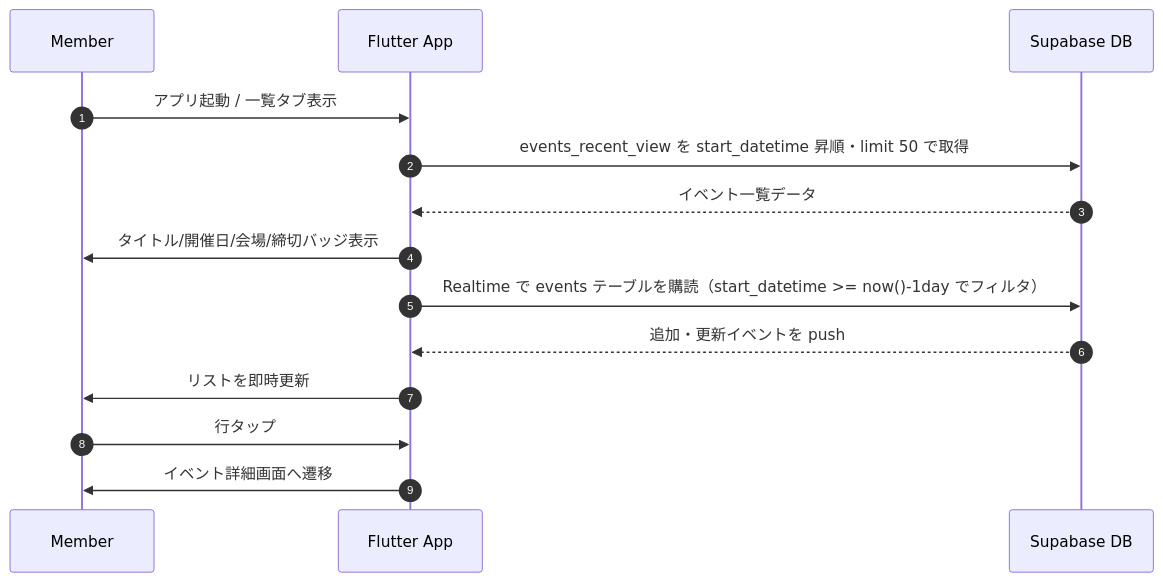
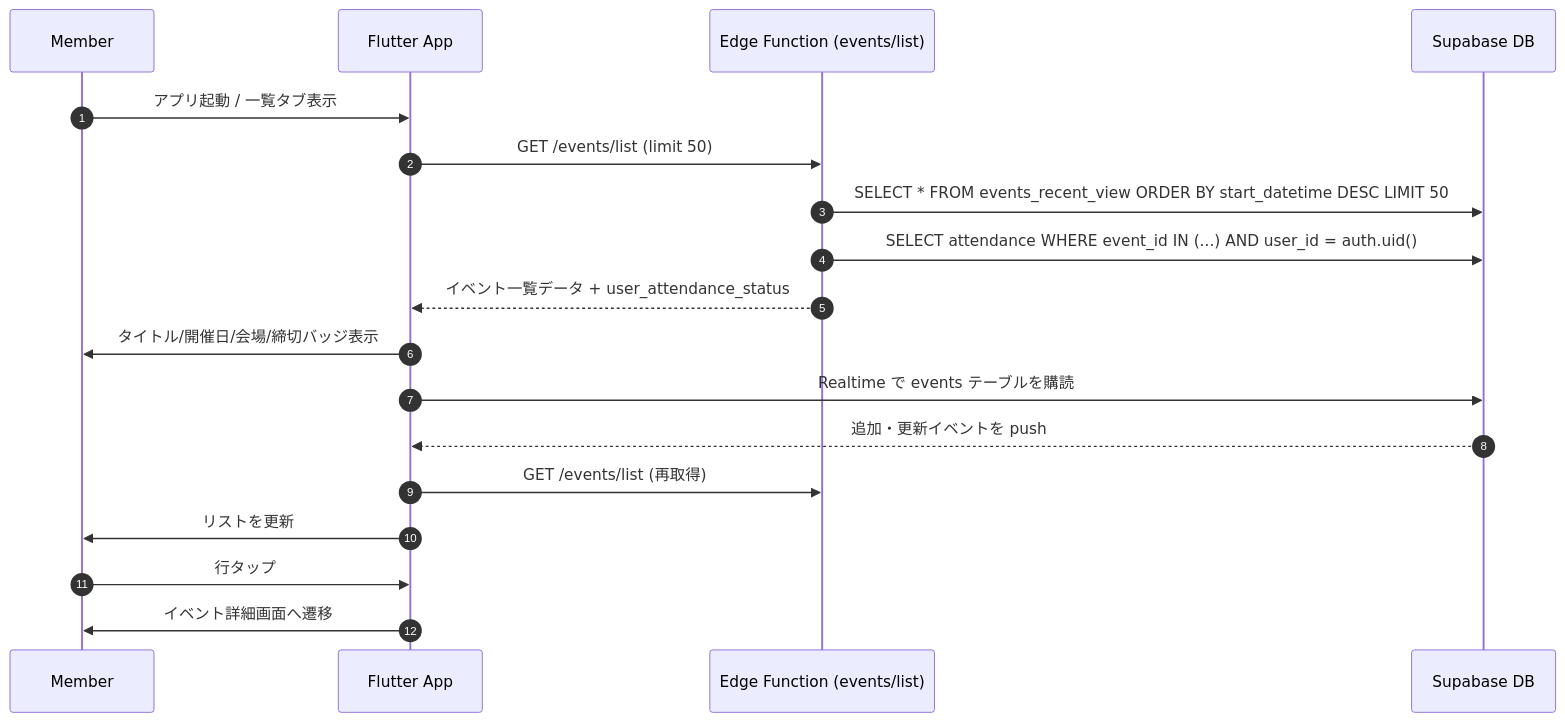
Before and after one commit to kerokerotur/banars-app: the diagram in docs/DESIGN_DOCS/events/event_list.md, drawn with Mermaid. The commit also changed other lines of this file and 18 other files, not shown here.

````diff
--- a/docs/DESIGN_DOCS/events/event_list.md
+++ b/docs/DESIGN_DOCS/events/event_list.md
@@ -6,17 +6,21 @@
 ```mermaid
 sequenceDiagram
     autonumber
     participant Member
     participant App as Flutter App
+    participant Edge as Edge Function (events/list)
     participant Supabase as Supabase DB
 
     Member->>App: アプリ起動 / 一覧タブ表示
-    App->>Supabase: events_recent_view を start_datetime 昇順・limit 50 で取得
-    Supabase-->>App: イベント一覧データ
+    App->>Edge: GET /events/list (limit 50)
+    Edge->>Supabase: SELECT * FROM events_recent_view ORDER BY start_datetime DESC LIMIT 50
+    Edge->>Supabase: SELECT attendance WHERE event_id IN (...) AND user_id = auth.uid()
+    Edge-->>App: イベント一覧データ + user_attendance_status
     App->>Member: タイトル/開催日/会場/締切バッジ表示
-    App->>Supabase: Realtime で events テーブルを購読（start_datetime >= now()-1day でフィルタ）
+    App->>Supabase: Realtime で events テーブルを購読
     Supabase-->>App: 追加・更新イベントを push
-    App->>Member: リストを即時更新
+    App->>Edge: GET /events/list (再取得)
+    App->>Member: リストを更新
     Member->>App: 行タップ
     App->>Member: イベント詳細画面へ遷移
 ```
````
